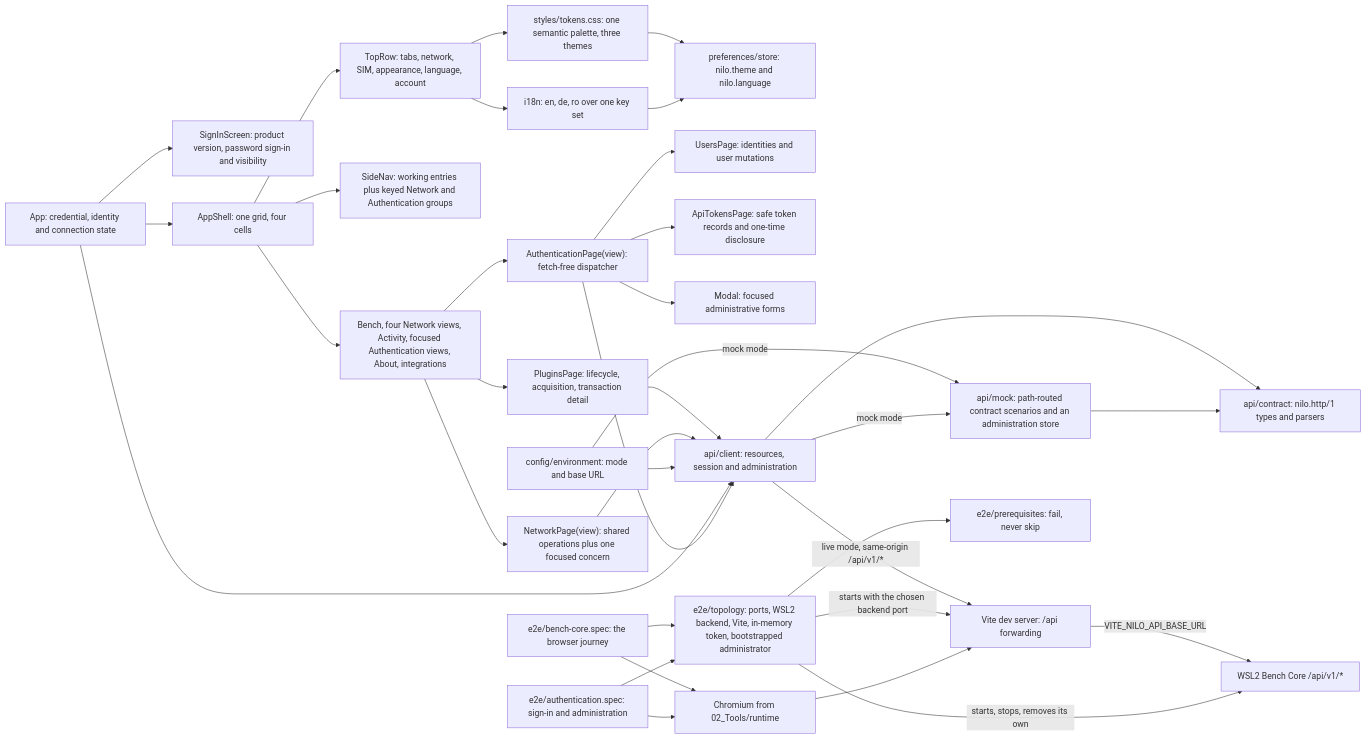
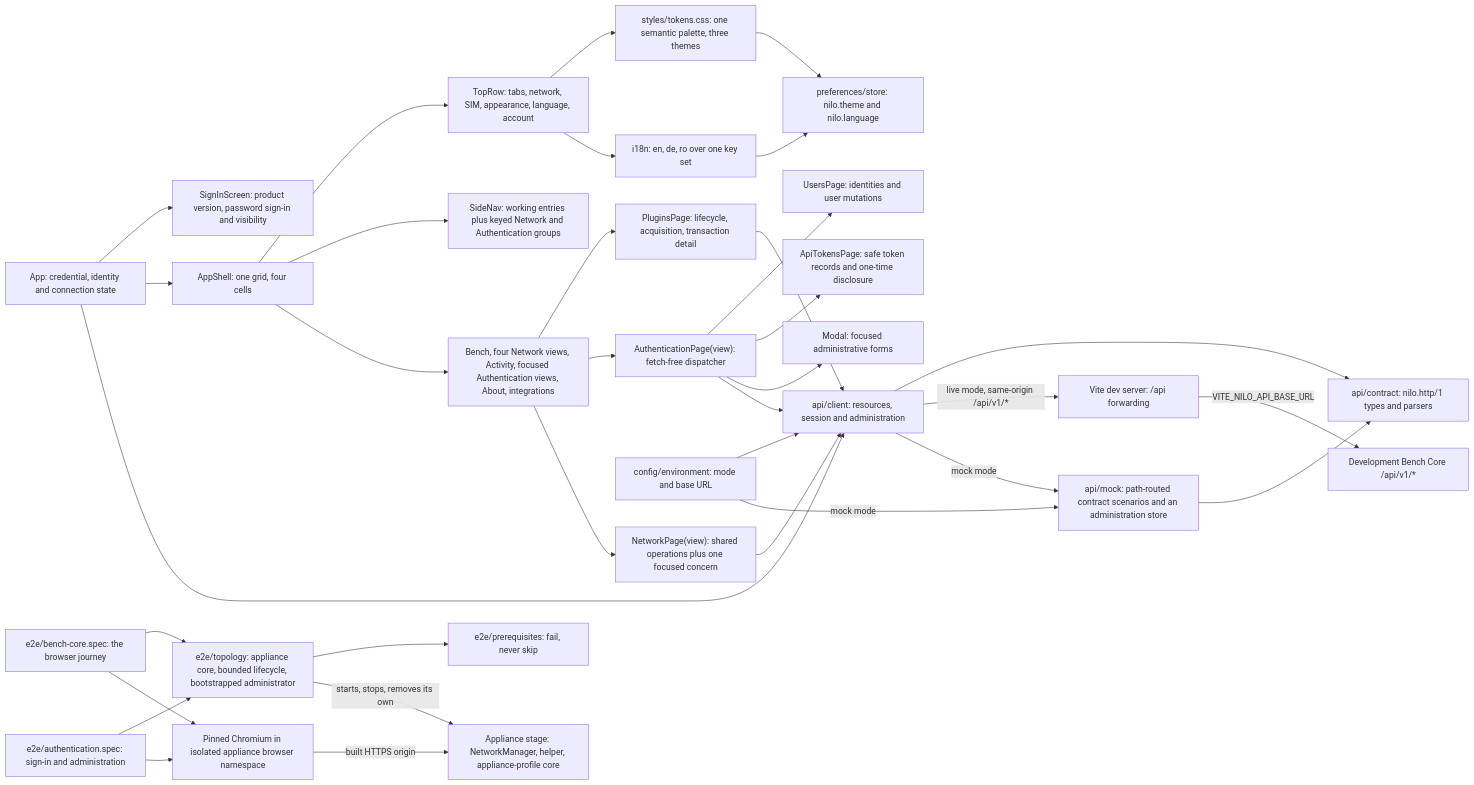
The diagram in .agentic/knowledge/gui-foundation.md (DDP-Engineering/2026_Networked_Intelligent_Lab_Orchestrator), drawn with Mermaid before and after one commit. The commit also changed other lines of this file and 76 other files, not shown here.

First line of the commit message:
feat(verification): move browser suite to appliance stage

````diff
--- a/.agentic/knowledge/gui-foundation.md
+++ b/.agentic/knowledge/gui-foundation.md
@@ -245,62 +247,62 @@
 ```mermaid
 flowchart LR
     app["App: credential, identity and connection state"]
     signin["SignInScreen: product version, password sign-in and visibility"]
     shell["AppShell: one grid, four cells"]
     toprow["TopRow: tabs, network, SIM, appearance, language, account"]
     sidenav["SideNav: working entries plus keyed Network and Authentication groups"]
     pages["Bench, four Network views, Activity, focused Authentication views, About, integrations"]
     tokens["styles/tokens.css: one semantic palette, three themes"]
     catalogue["i18n: en, de, ro over one key set"]
     prefs["preferences/store: nilo.theme and nilo.language"]
     admin["AuthenticationPage(view): fetch-free dispatcher"]
     users["UsersPage: identities and user mutations"]
     apitokens["ApiTokensPage: safe token records and one-time disclosure"]
     netpage["NetworkPage(view): shared operations plus one focused concern"]
     modal["Modal: focused administrative forms"]
     env["config/environment: mode and base URL"]
     client["api/client: resources, session and administration"]
     contract["api/contract: nilo.http/1 types and parsers"]
     mock["api/mock: path-routed contract scenarios and an administration store"]
     proxy["Vite dev server: /api forwarding"]
-    backend["WSL2 Bench Core /api/v1/*"]
+    backend["Development Bench Core /api/v1/*"]
+    appliance["Appliance stage: NetworkManager, helper, appliance-profile core"]
     app --> signin
     app --> shell
     shell --> toprow
     shell --> sidenav
     shell --> pages
     pages --> instruments["PluginsPage: lifecycle, acquisition, transaction detail"]
     instruments --> client
     pages --> admin
     admin --> users
     admin --> apitokens
     pages --> netpage
     netpage --> client
     admin --> modal
     toprow --> tokens
     toprow --> catalogue
     tokens --> prefs
     catalogue --> prefs
     env --> client
     env -- "mock mode" --> mock
     client --> contract
     mock --> contract
     app --> client
     admin --> client
     client -- "live mode, same-origin /api/v1/*" --> proxy
     proxy -- "VITE_NILO_API_BASE_URL" --> backend
     client -- "mock mode" --> mock
-    harness["e2e/topology: ports, WSL2 backend, Vite, in-memory token, bootstrapped administrator"]
+    harness["e2e/topology: appliance core, bounded lifecycle, bootstrapped administrator"]
     prereq["e2e/prerequisites: fail, never skip"]
     spec["e2e/bench-core.spec: the browser journey"]
     adminspec["e2e/authentication.spec: sign-in and administration"]
-    browser["Chromium from 02_Tools/runtime"]
+    browser["Pinned Chromium in isolated appliance browser namespace"]
     harness --> prereq
-    harness -- "starts, stops, removes its own" --> backend
-    harness -- "starts with the chosen backend port" --> proxy
+    harness -- "starts, stops, removes its own" --> appliance
     spec --> harness
     adminspec --> harness
     spec --> browser
     adminspec --> browser
-    browser --> proxy
+    browser -- "built HTTPS origin" --> appliance
 ```
````
